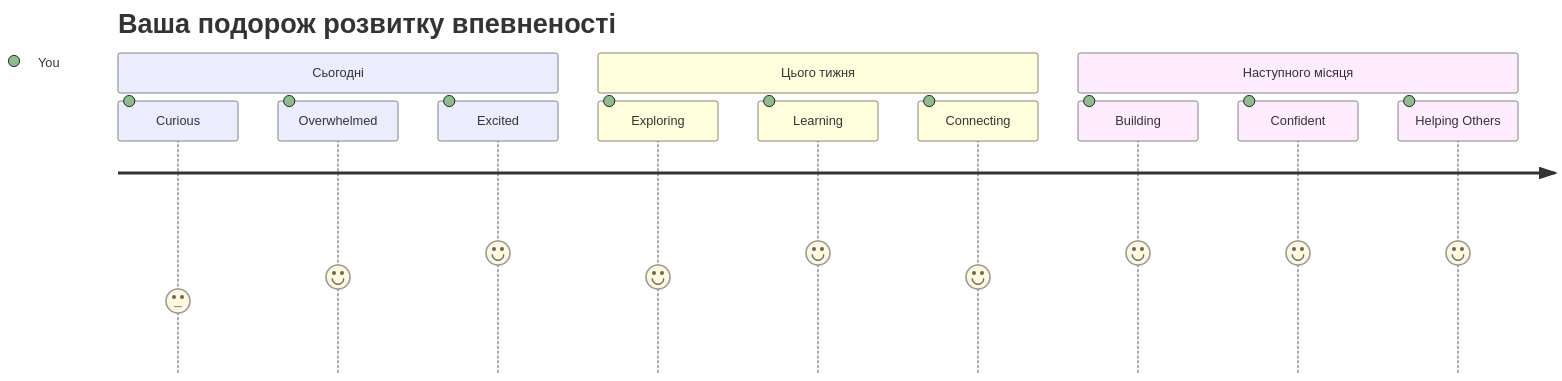
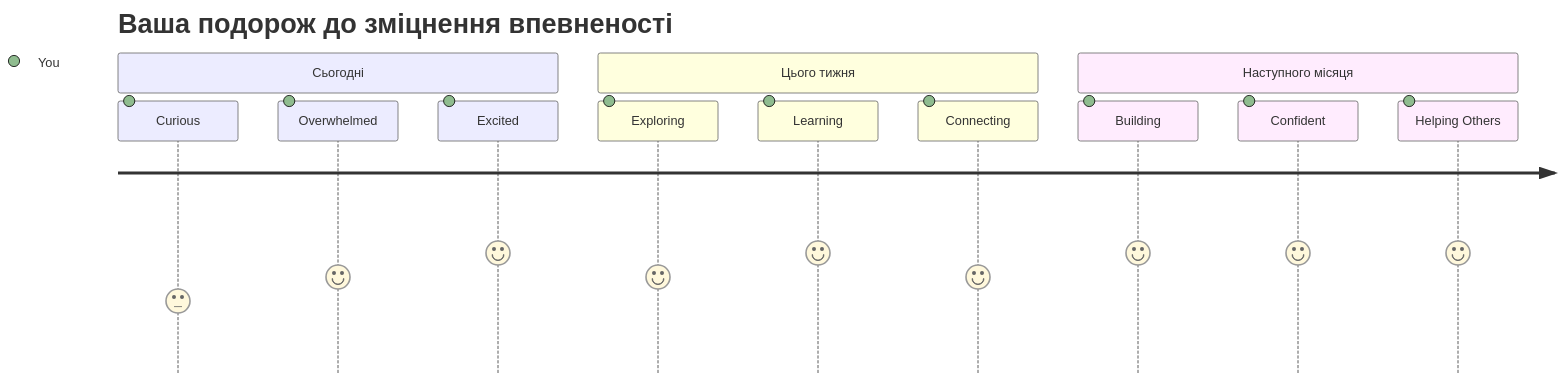
One commit to microsoft/Web-Dev-For-Beginners changed the seventh of 7 diagrams in translations/uk/1-getting-started-lessons/1-intro-to-programming-languages/README.md. Above: the diagram before and after it, drawn with Mermaid. The commit also changed other lines of this file and 8 other files, not shown here.

````diff
--- a/translations/uk/1-getting-started-lessons/1-intro-to-programming-languages/README.md
+++ b/translations/uk/1-getting-started-lessons/1-intro-to-programming-languages/README.md
@@ -833,16 +831,16 @@
 ```mermaid
 journey
-    title Ваша подорож розвитку впевненості
+    title Ваша подорож до зміцнення впевненості
     section Сьогодні
       Curious: 3: You
       Overwhelmed: 4: You
       Excited: 5: You
     section Цього тижня
       Exploring: 4: You
       Learning: 5: You
       Connecting: 4: You
     section Наступного місяця
       Building: 5: You
       Confident: 5: You
       Helping Others: 5: You
 ```
````
